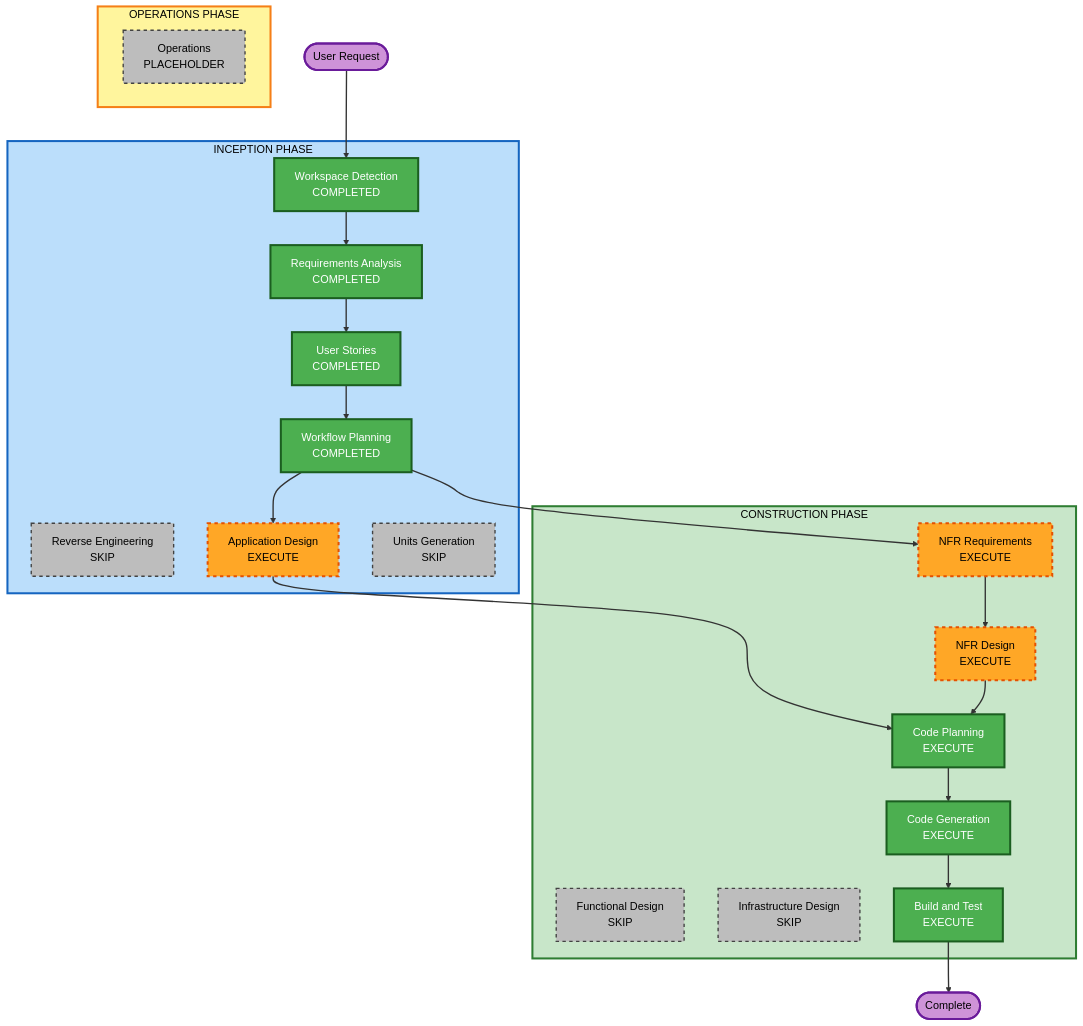
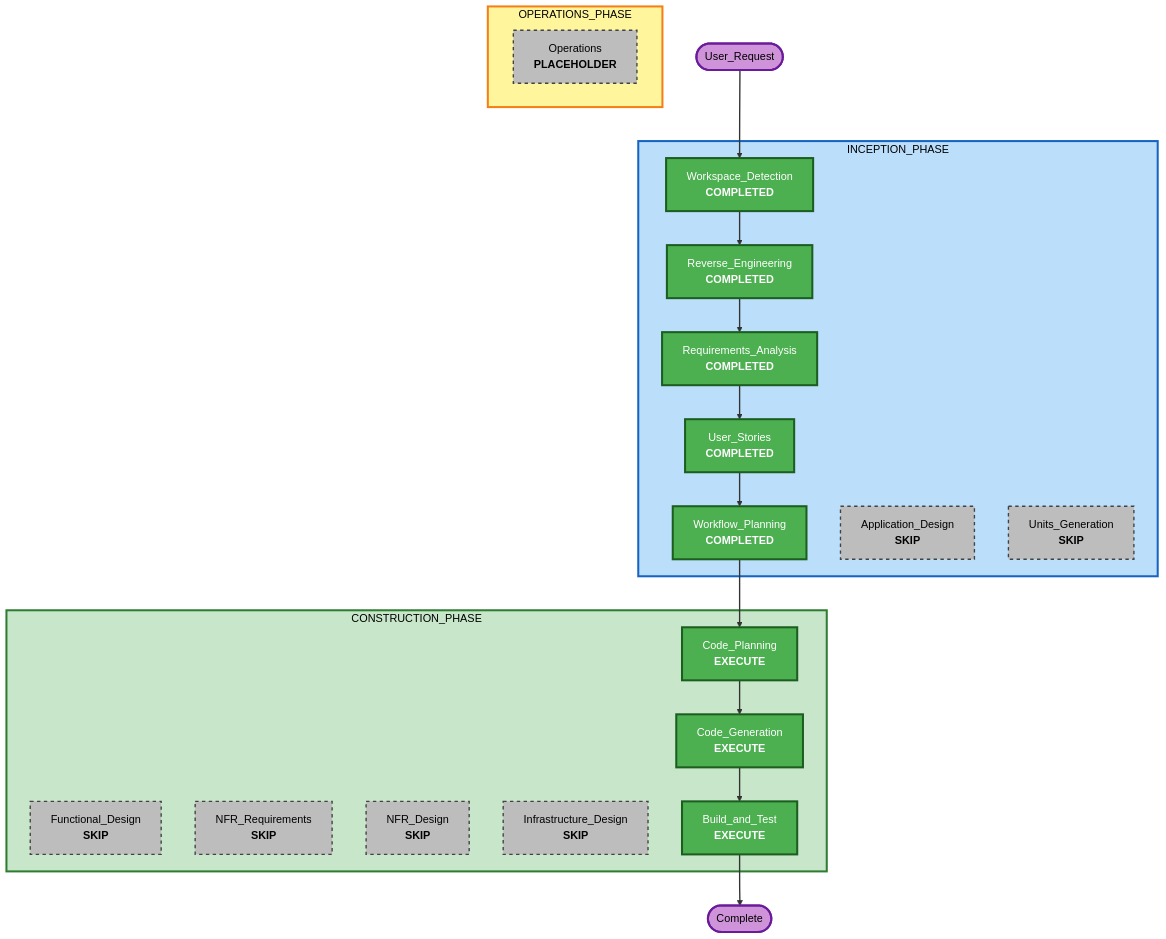
One commit to rc-code-jp/aidlc-project-example changed the diagram in aidlc-docs/inception/plans/execution-plan.md. Above: the diagram before and after it, drawn with Mermaid. The commit also changed other lines of this file and 34 other files, not shown here.

Commit message:
feat: Implement initial reverse engineering documentation and update project state to brownfield.

````diff
--- a/aidlc-docs/inception/plans/execution-plan.md
+++ b/aidlc-docs/inception/plans/execution-plan.md
@@ -24,64 +35,61 @@
 ```mermaid
 flowchart TD
-    Start([User Request])
+    Start(["User_Request"])
 
-    subgraph INCEPTION[INCEPTION PHASE]
-        WD[Workspace Detection<br/>COMPLETED]
-        RE[Reverse Engineering<br/>SKIP]
-        RA[Requirements Analysis<br/>COMPLETED]
-        US[User Stories<br/>COMPLETED]
-        WP[Workflow Planning<br/>COMPLETED]
-        AD[Application Design<br/>EXECUTE]
-        UG[Units Generation<br/>SKIP]
+    subgraph INCEPTION["INCEPTION_PHASE"]
+        WD["Workspace_Detection<br/><b>COMPLETED</b>"]
+        RE["Reverse_Engineering<br/><b>COMPLETED</b>"]
+        RA["Requirements_Analysis<br/><b>COMPLETED</b>"]
+        US["User_Stories<br/><b>COMPLETED</b>"]
+        WP["Workflow_Planning<br/><b>COMPLETED</b>"]
+        AD["Application_Design<br/><b>SKIP</b>"]
+        UG["Units_Generation<br/><b>SKIP</b>"]
     end
 
-    subgraph CONSTRUCTION[CONSTRUCTION PHASE]
-        FD[Functional Design<br/>SKIP]
-        NFRA[NFR Requirements<br/>EXECUTE]
-        NFRD[NFR Design<br/>EXECUTE]
-        ID[Infrastructure Design<br/>SKIP]
-        CP[Code Planning<br/>EXECUTE]
-        CG[Code Generation<br/>EXECUTE]
-        BT[Build and Test<br/>EXECUTE]
+    subgraph CONSTRUCTION["CONSTRUCTION_PHASE"]
+        FD["Functional_Design<br/><b>SKIP</b>"]
+        NFRA["NFR_Requirements<br/><b>SKIP</b>"]
+        NFRD["NFR_Design<br/><b>SKIP</b>"]
+        ID["Infrastructure_Design<br/><b>SKIP</b>"]
+        CP["Code_Planning<br/><b>EXECUTE</b>"]
+        CG["Code_Generation<br/><b>EXECUTE</b>"]
+        BT["Build_and_Test<br/><b>EXECUTE</b>"]
     end
 
-    subgraph OPERATIONS[OPERATIONS PHASE]
-        OPS[Operations<br/>PLACEHOLDER]
+    subgraph OPERATIONS["OPERATIONS_PHASE"]
+        OPS["Operations<br/><b>PLACEHOLDER</b>"]
     end
 
     Start --> WD
-    WD --> RA
+    WD --> RE
+    RE --> RA
     RA --> US
     US --> WP
-    WP --> AD
-    WP --> NFRA
-    AD --> CP
-    NFRA --> NFRD
-    NFRD --> CP
+    WP --> CP
     CP --> CG
     CG --> BT
-    BT --> End([Complete])
+    BT --> End(["Complete"])
 
     style WD fill:#4CAF50,stroke:#1B5E20,stroke-width:3px,color:#fff
+    style RE fill:#4CAF50,stroke:#1B5E20,stroke-width:3px,color:#fff
     style RA fill:#4CAF50,stroke:#1B5E20,stroke-width:3px,color:#fff
     style US fill:#4CAF50,stroke:#1B5E20,stroke-width:3px,color:#fff
     style WP fill:#4CAF50,stroke:#1B5E20,stroke-width:3px,color:#fff
     style CP fill:#4CAF50,stroke:#1B5E20,stroke-width:3px,color:#fff
     style CG fill:#4CAF50,stroke:#1B5E20,stroke-width:3px,color:#fff
     style BT fill:#4CAF50,stroke:#1B5E20,stroke-width:3px,color:#fff
-    style AD fill:#FFA726,stroke:#E65100,stroke-width:3px,stroke-dasharray: 5 5,color:#000
-    style NFRA fill:#FFA726,stroke:#E65100,stroke-width:3px,stroke-dasharray: 5 5,color:#000
-    style NFRD fill:#FFA726,stroke:#E65100,stroke-width:3px,stroke-dasharray: 5 5,color:#000
-    style RE fill:#BDBDBD,stroke:#424242,stroke-width:2px,stroke-dasharray: 5 5,color:#000
+    style AD fill:#BDBDBD,stroke:#424242,stroke-width:2px,stroke-dasharray: 5 5,color:#000
     style UG fill:#BDBDBD,stroke:#424242,stroke-width:2px,stroke-dasharray: 5 5,color:#000
     style FD fill:#BDBDBD,stroke:#424242,stroke-width:2px,stroke-dasharray: 5 5,color:#000
+    style NFRA fill:#BDBDBD,stroke:#424242,stroke-width:2px,stroke-dasharray: 5 5,color:#000
+    style NFRD fill:#BDBDBD,stroke:#424242,stroke-width:2px,stroke-dasharray: 5 5,color:#000
     style ID fill:#BDBDBD,stroke:#424242,stroke-width:2px,stroke-dasharray: 5 5,color:#000
     style OPS fill:#BDBDBD,stroke:#424242,stroke-width:2px,stroke-dasharray: 5 5,color:#000
-    style Start fill:#CE93D8,stroke:#6A1B9A,stroke-width:3px,color:#000
-    style End fill:#CE93D8,stroke:#6A1B9A,stroke-width:3px,color:#000
     style INCEPTION fill:#BBDEFB,stroke:#1565C0,stroke-width:3px,color:#000
     style CONSTRUCTION fill:#C8E6C9,stroke:#2E7D32,stroke-width:3px,color:#000
     style OPERATIONS fill:#FFF59D,stroke:#F57F17,stroke-width:3px,color:#000
+    style Start fill:#CE93D8,stroke:#6A1B9A,stroke-width:3px,color:#000
+    style End fill:#CE93D8,stroke:#6A1B9A,stroke-width:3px,color:#000
 
     linkStyle default stroke:#333,stroke-width:2px
 ```
````
